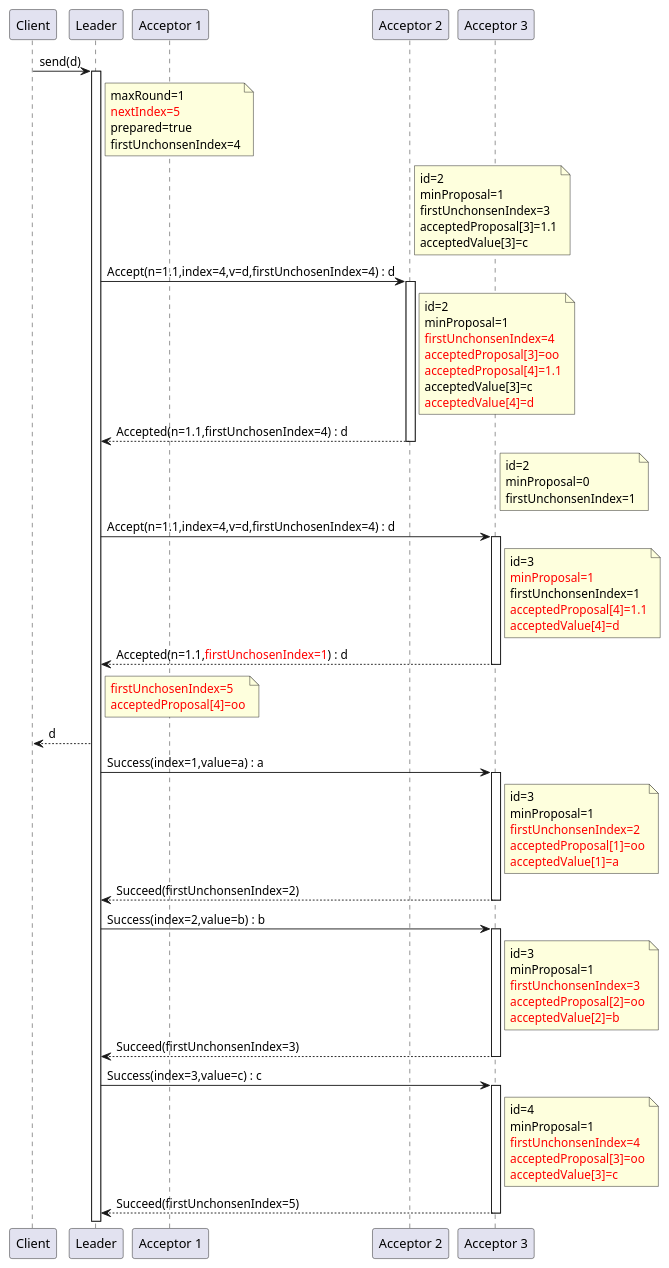
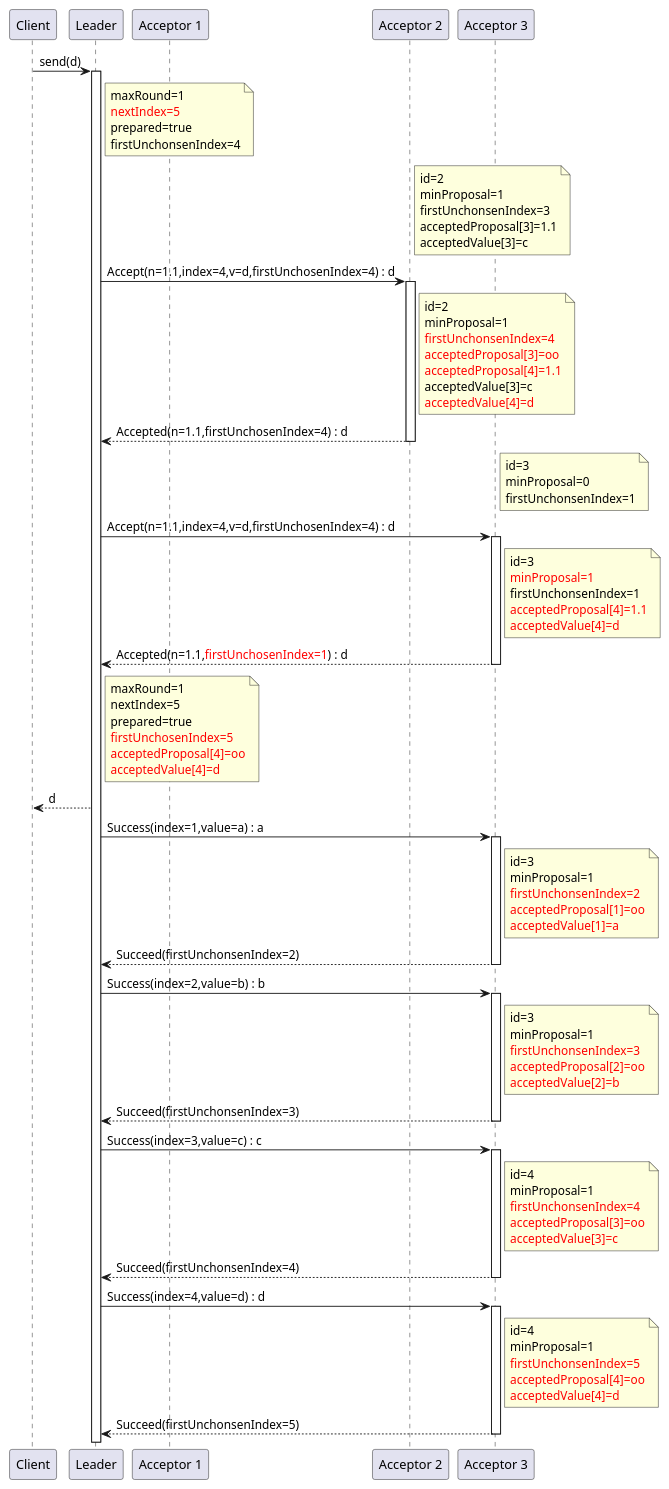
The second of 4 diagrams in src/pages/posts/distribution-paxos-multi.adoc (nocnob/notfound), drawn with PlantUML before and after one commit. The commit also changed other lines of this file and 1 other file, not shown here.

```diff
--- a/src/pages/posts/distribution-paxos-multi.adoc
+++ b/src/pages/posts/distribution-paxos-multi.adoc
@@ -177,8 +195,9 @@
     end note
     l <-- a2 : Accepted(n=1.1,firstUnchosenIndex=4) : d
     deactivate a2
+
     note right a3
-        id=2
+        id=3
         minProposal=0
         firstUnchonsenIndex=1
     end note
@@ -194,10 +213,14 @@
     l <-- a3 : Accepted(n=1.1,<font color=red>firstUnchosenIndex=1</font>) : d
     deactivate a3
 
-    note right l
-        <font color=red>firstUnchosenIndex=5
-        <font color=red>acceptedProposal[4]=oo
-    end note
+note right l
+    maxRound=1
+    nextIndex=5
+    prepared=true
+    <font color=red>firstUnchosenIndex=5
+    <font color=red>acceptedProposal[4]=oo
+    <font color=red>acceptedValue[4]=d
+end note
 c <-- l: d
     l -> a3 : Success(index=1,value=a) : a
     activate a3
@@ -232,6 +255,18 @@
         <font color=red>acceptedProposal[3]=oo
         <font color=red>acceptedValue[3]=c
     end note
+    l <-- a3 : Succeed(firstUnchonsenIndex=4)
+    deactivate a3
+
+    l -> a3 : Success(index=4,value=d) : d
+    activate a3
+    note right a3
+        id=4
+        minProposal=1
+        <font color=red>firstUnchonsenIndex=5
+        <font color=red>acceptedProposal[4]=oo
+        <font color=red>acceptedValue[4]=d
+    end note
     l <-- a3 : Succeed(firstUnchonsenIndex=5)
     deactivate a3
 @enduml
```
